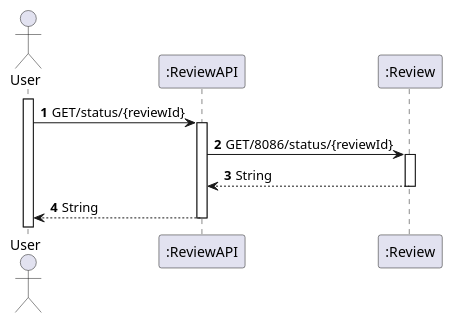
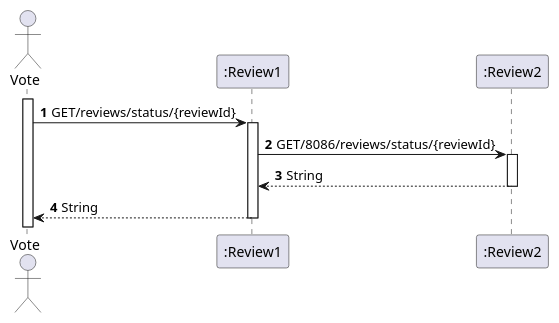
Before and after one commit to giovannaFantacini/ReviewAPI: the diagram in Documentos/SIDIS/Review_getStatus.puml, drawn with PlantUML. The commit also changed 9 other files, not shown here.

Commit message:
Diagramas

```diff
--- a/Documentos/SIDIS/Review_getStatus.puml
+++ b/Documentos/SIDIS/Review_getStatus.puml
@@ -1,19 +1,17 @@
 @startuml
 'https://plantuml.com/sequence-diagram
-
-autonumber
 
 autoactivate on
 autonumber
 
-actor "User" as User
-participant ":ReviewAPI" as rev1
-participant ":Review" as rev2
+actor "Vote" as User
+participant ":Review1" as rev1
+participant ":Review2" as rev2
 
 activate User
 
-User -> rev1: GET/status/{reviewId}
-rev1 -> rev2: GET/8086/status/{reviewId}
+User -> rev1: GET/reviews/status/{reviewId}
+rev1 -> rev2: GET/8086/reviews/status/{reviewId}
 rev2 -->rev1: String
 rev1 --> User: String
 @enduml
```
